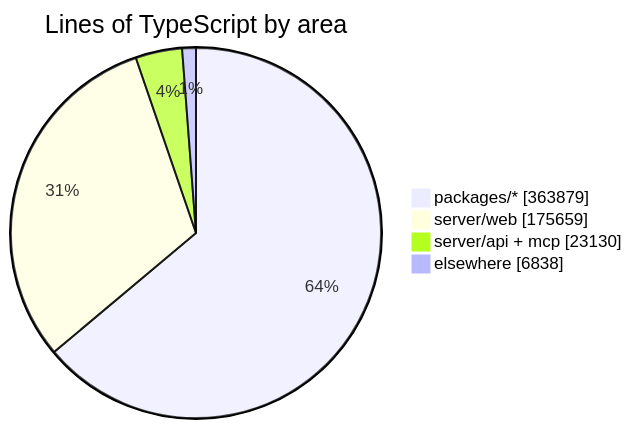
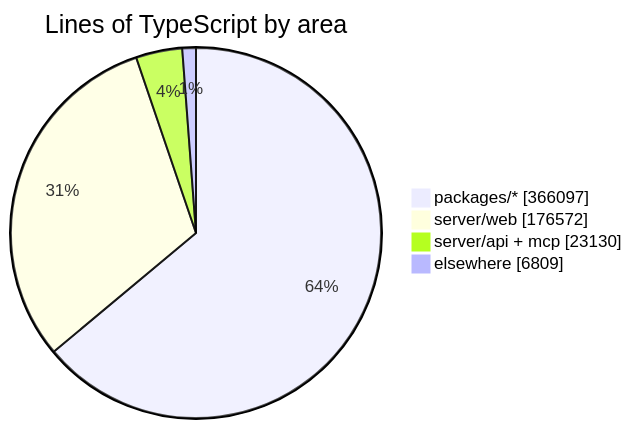
The diagram in README.md (crossworks-engineering/mantle), drawn with Mermaid before and after one commit. The commit also changed other lines of this file and 2 other files, not shown here.

````diff
--- a/README.md
+++ b/README.md
@@ -294,7 +294,7 @@
 ```mermaid
 pie showData title Lines of TypeScript by area
-    "packages/*" : 363879
-    "server/web" : 175659
+    "packages/*" : 366097
+    "server/web" : 176572
     "server/api + mcp" : 23130
-    "elsewhere" : 6838
+    "elsewhere" : 6809
 ```
````
